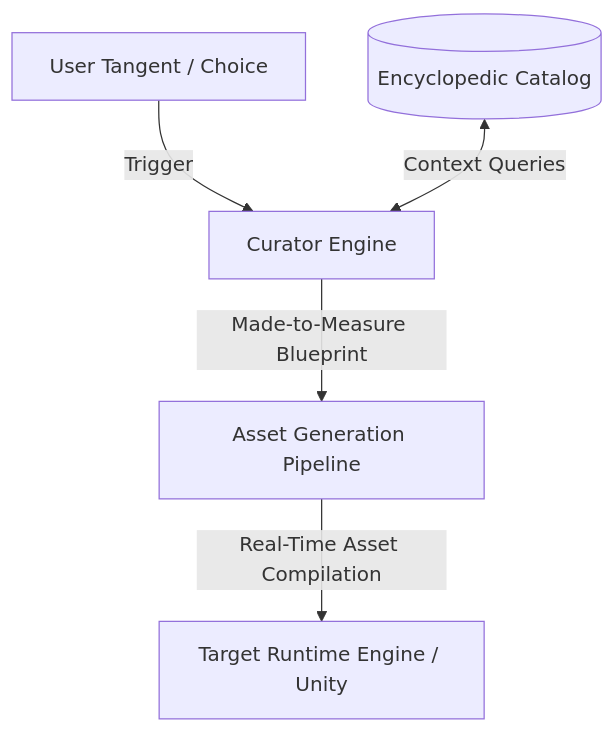
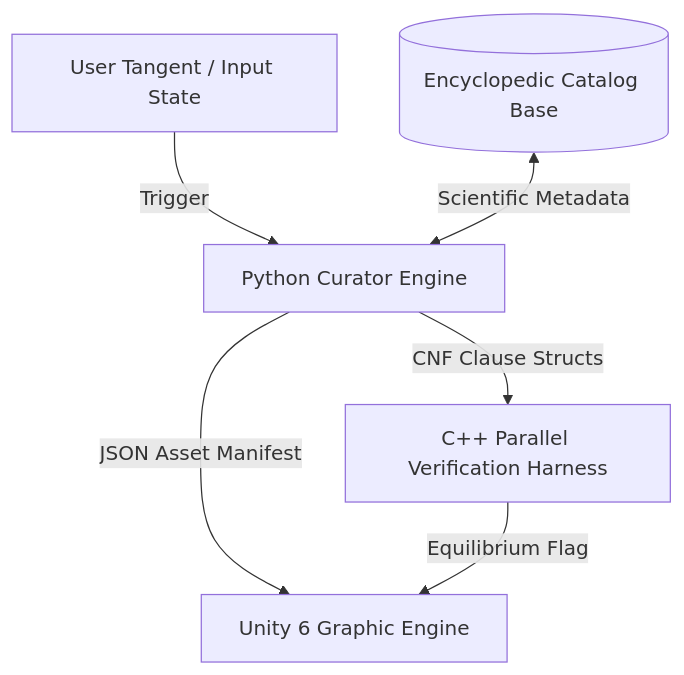
The diagram in README.md (bcroner/EncyclopedicCatalog), drawn with Mermaid before and after one commit. The commit also changed other lines of this file, not shown here.

````diff
--- a/README.md
+++ b/README.md
@@ -13,7 +13,8 @@
 ```mermaid
 graph TD
-    UserAction[User Tangent / Choice] -->|Trigger| Curator[Curator Engine]
-    Catalog[(Encyclopedic Catalog)] <-->|Context Queries| Curator
-    Curator -->|Made-to-Measure Blueprint| Pipeline[Asset Generation Pipeline]
-    Pipeline -->|Real-Time Asset Compilation| Engine[Target Runtime Engine / Unity]
+    UserAction[User Tangent / Input State] -->|Trigger| Curator[Python Curator Engine]
+    Catalog[(Encyclopedic Catalog Base)] <-->|Scientific Metadata| Curator
+    Curator -->|CNF Clause Structs| CPPAudio[C++ Parallel Verification Harness]
+    Curator -->|JSON Asset Manifest| Client[Unity 6 Graphic Engine]
+    CPPAudio -->|Equilibrium Flag| Client
 ```
````
